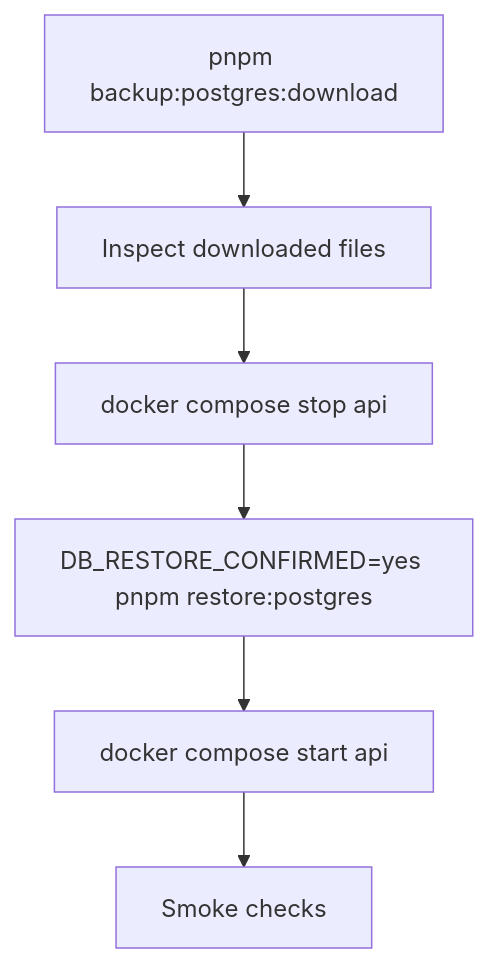
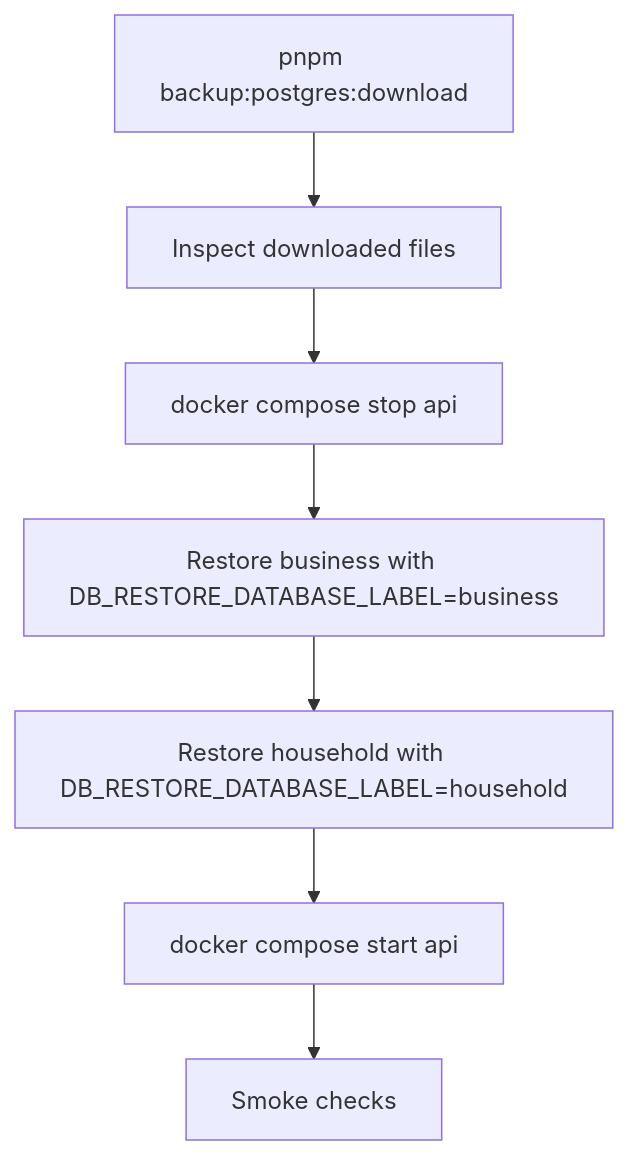
Before and after one commit to DriveToTech/ksiegowy-vibe: the diagram in docs/restore-postgresql.md, drawn with Mermaid. The commit also changed other lines of this file and 12 other files, not shown here.

````diff
--- a/docs/restore-postgresql.md
+++ b/docs/restore-postgresql.md
@@ -84,8 +94,9 @@
 ```mermaid
 flowchart TD
     A[pnpm backup:postgres:download] --> B[Inspect downloaded files]
     B --> C[docker compose stop api]
-    C --> D[DB_RESTORE_CONFIRMED=yes pnpm restore:postgres]
-    D --> E[docker compose start api]
-    E --> F[Smoke checks]
+    C --> D[Restore business with DB_RESTORE_DATABASE_LABEL=business]
+    D --> E[Restore household with DB_RESTORE_DATABASE_LABEL=household]
+    E --> F[docker compose start api]
+    F --> G[Smoke checks]
 ```
````
